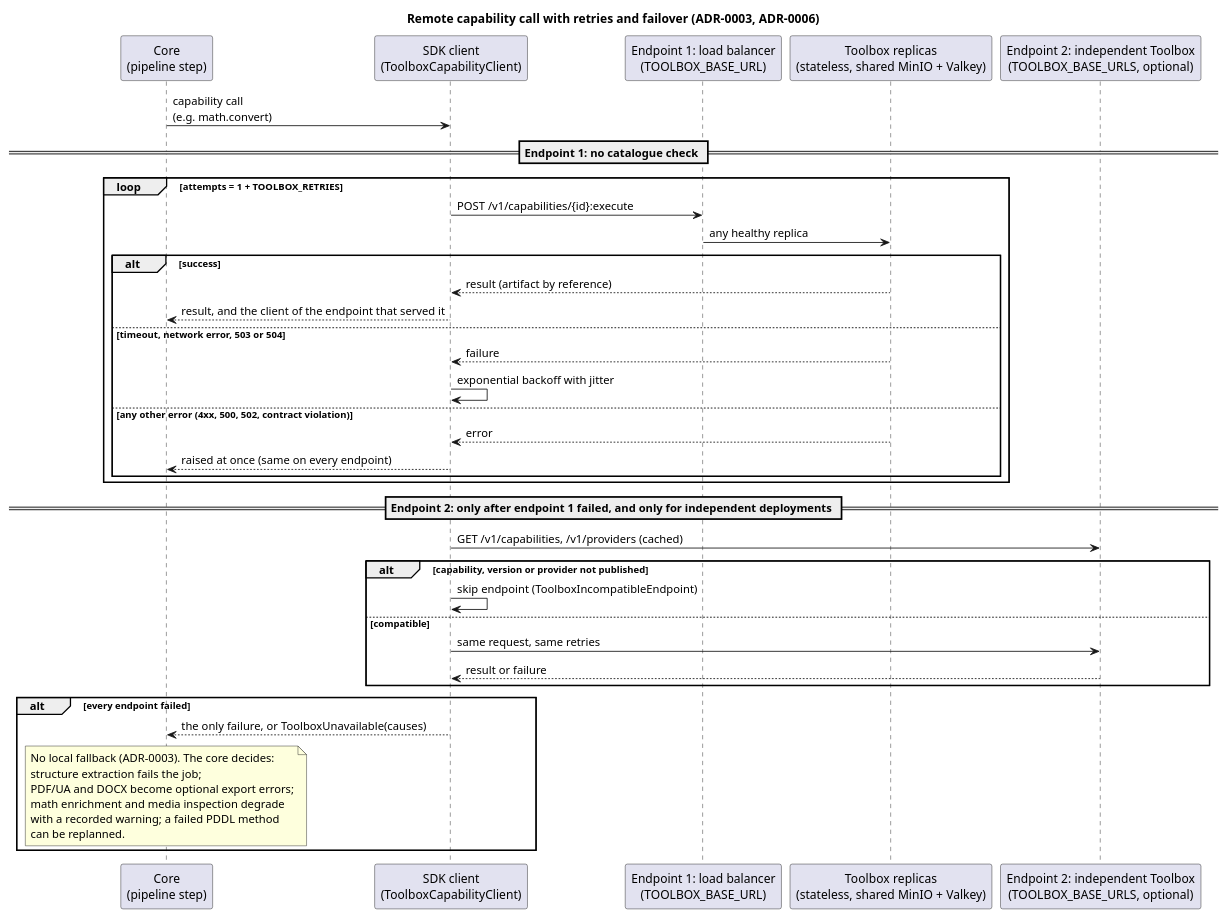
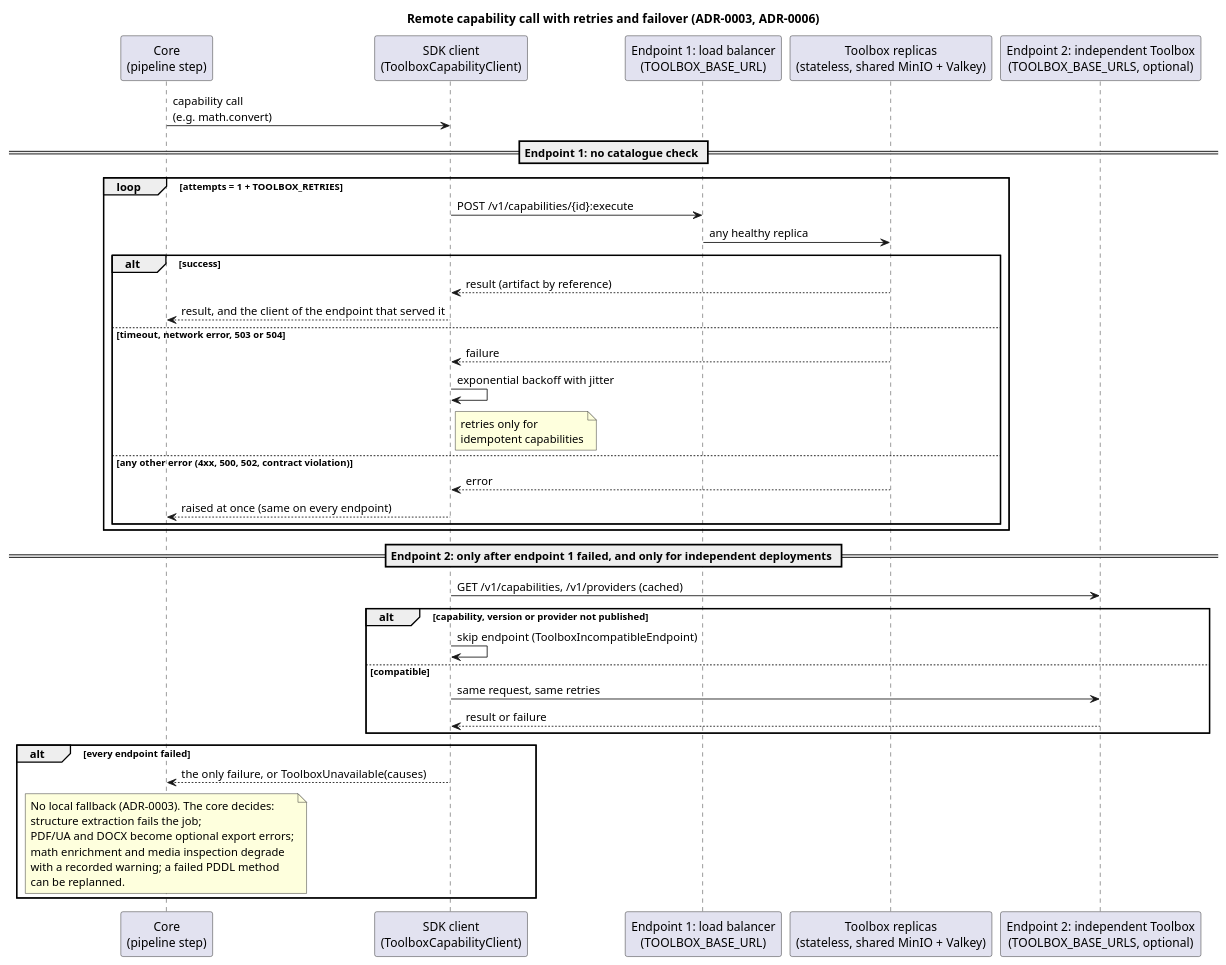
The diagram in docs/sequence/remote_failover_sequence.puml (A11yDevs/acessilia), drawn with PlantUML before and after one commit. The commit also changed 5 other files, not shown here.

First line of the commit message:
docs(diagrams): address review of the dependency and failover diagrams

```diff
--- a/docs/sequence/remote_failover_sequence.puml
+++ b/docs/sequence/remote_failover_sequence.puml
@@ -1,50 +1,51 @@
 @startuml remote_failover_sequence
 skinparam shadowing false
 
 title Remote capability call with retries and failover (ADR-0003, ADR-0006)
 
 participant "Core\n(pipeline step)" as Core
 participant "SDK client\n(ToolboxCapabilityClient)" as SDK
 participant "Endpoint 1: load balancer\n(TOOLBOX_BASE_URL)" as LB
 participant "Toolbox replicas\n(stateless, shared MinIO + Valkey)" as Replicas
 participant "Endpoint 2: independent Toolbox\n(TOOLBOX_BASE_URLS, optional)" as Secondary
 
 Core -> SDK : capability call\n(e.g. math.convert)
 
 == Endpoint 1: no catalogue check ==
 loop attempts = 1 + TOOLBOX_RETRIES
   SDK -> LB : POST /v1/capabilities/{id}:execute
   LB -> Replicas : any healthy replica
   alt success
     Replicas --> SDK : result (artifact by reference)
     SDK --> Core : result, and the client of the endpoint that served it
   else timeout, network error, 503 or 504
     Replicas --> SDK : failure
     SDK -> SDK : exponential backoff with jitter
+    note right of SDK : retries only for\nidempotent capabilities
   else any other error (4xx, 500, 502, contract violation)
     Replicas --> SDK : error
     SDK --> Core : raised at once (same on every endpoint)
   end
 end
 
 == Endpoint 2: only after endpoint 1 failed, and only for independent deployments ==
 SDK -> Secondary : GET /v1/capabilities, /v1/providers (cached)
 alt capability, version or provider not published
   SDK -> SDK : skip endpoint (ToolboxIncompatibleEndpoint)
 else compatible
   SDK -> Secondary : same request, same retries
   Secondary --> SDK : result or failure
 end
 
 alt every endpoint failed
   SDK --> Core : the only failure, or ToolboxUnavailable(causes)
   note over Core
     No local fallback (ADR-0003). The core decides:
     structure extraction fails the job;
     PDF/UA and DOCX become optional export errors;
     math enrichment and media inspection degrade
     with a recorded warning; a failed PDDL method
     can be replanned.
   end note
 end
 @enduml
```
